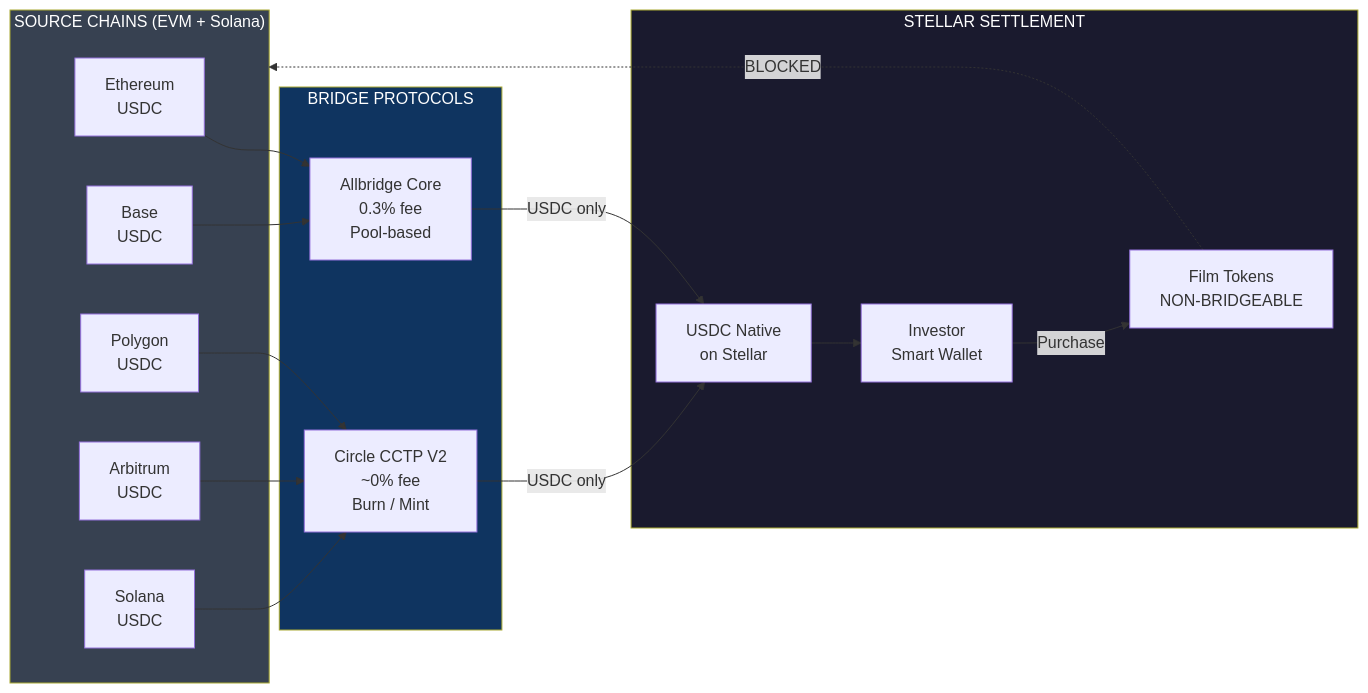
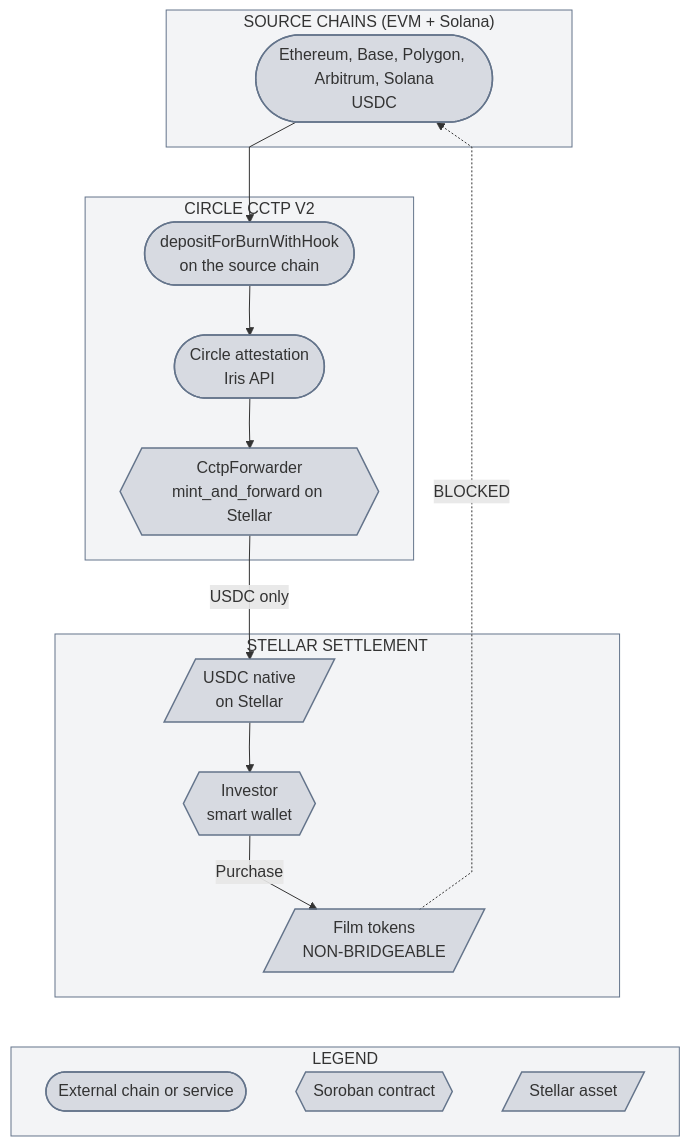
Before and after one commit to guichardsabna-lab/ACE-Contract-Infrastructure: the fourth of 7 diagrams in ARCHITECTURE_v4.md, drawn with Mermaid. The commit also changed other lines of this file, not shown here.

Commit message:
Update architecture: ecosystem building blocks, wallet model and cross-chain deposits

````diff
--- a/ARCHITECTURE_v4.md
+++ b/ARCHITECTURE_v4.md
@@ -834,38 +867,44 @@
 ```mermaid
-graph LR
+%%{init: {"flowchart": {"curve": "linear"}}}%%
+flowchart TB
     subgraph SRC["SOURCE CHAINS (EVM + Solana)"]
-        ETH[Ethereum<br/>USDC]
-        BASE[Base<br/>USDC]
-        POLY[Polygon<br/>USDC]
-        ARB[Arbitrum<br/>USDC]
-        SOL[Solana<br/>USDC]
+        CH(["Ethereum, Base, Polygon, Arbitrum, Solana<br/>USDC"])
     end
 
-    subgraph BRIDGE["BRIDGE PROTOCOLS"]
-        AB[Allbridge Core<br/>0.3% fee<br/>Pool-based]
-        CCTP[Circle CCTP V2<br/>~0% fee<br/>Burn / Mint]
+    subgraph BRIDGE["CIRCLE CCTP V2"]
+        BURN(["depositForBurnWithHook<br/>on the source chain"])
+        IRIS(["Circle attestation<br/>Iris API"])
+        FWD{{"CctpForwarder<br/>mint_and_forward on Stellar"}}
     end
 
     subgraph STELLAR["STELLAR SETTLEMENT"]
-        USDC_S[USDC Native<br/>on Stellar]
-        SW[Investor<br/>Smart Wallet]
-        FT[Film Tokens<br/>NON-BRIDGEABLE]
+        USDC_S[/"USDC native<br/>on Stellar"/]
+        SW{{"Investor<br/>smart wallet"}}
+        FT[/"Film tokens<br/>NON-BRIDGEABLE"/]
     end
 
-    ETH --> AB
-    BASE --> AB
-    POLY --> CCTP
-    ARB --> CCTP
-    SOL --> CCTP
+    subgraph LEG["LEGEND"]
+        L1(["External chain or service"])
+        L3{{"Soroban contract"}}
+        L4[/"Stellar asset"/]
+    end
 
-    AB -->|USDC only| USDC_S
-    CCTP -->|USDC only| USDC_S
+    FT ~~~ L1
+    FT ~~~ L3
+    FT ~~~ L4
+
+    CH --> BURN
+    BURN --> IRIS
+    IRIS --> FWD
+    FWD -->|USDC only| USDC_S
     USDC_S --> SW
     SW -->|Purchase| FT
+    FT -.->|BLOCKED| CH
 
-    FT -.->|BLOCKED| SRC
-
-    style STELLAR fill:#1a1a2e,color:#fff
-    style BRIDGE fill:#0f3460,color:#fff
-    style SRC fill:#374151,color:#fff
+    style SRC fill:#64748b14,stroke:#64748b
+    style BRIDGE fill:#64748b14,stroke:#64748b
+    style STELLAR fill:#64748b14,stroke:#64748b
+    style LEG fill:#64748b14,stroke:#64748b
+    classDef boite fill:#64748b33,stroke:#64748b,stroke-width:1.5px
+    class CH,BURN,IRIS,FWD,USDC_S,SW,FT,L1,L3,L4 boite
 ```
````
